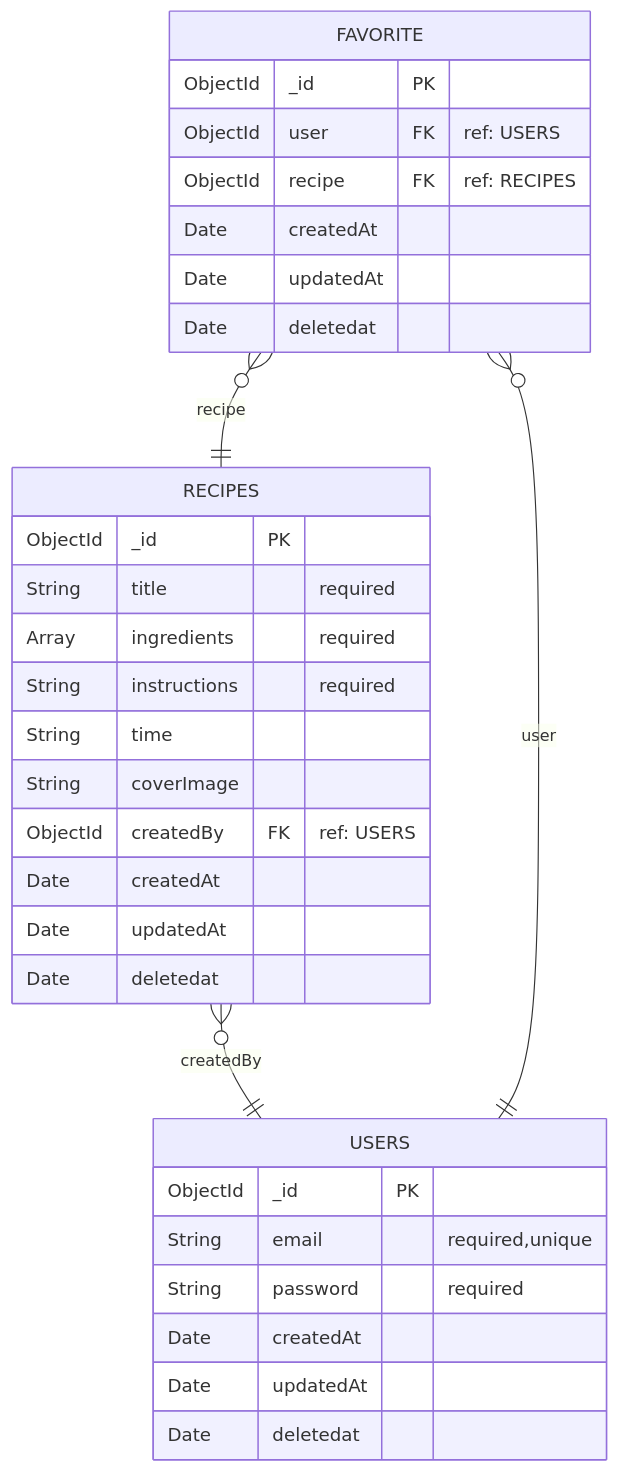
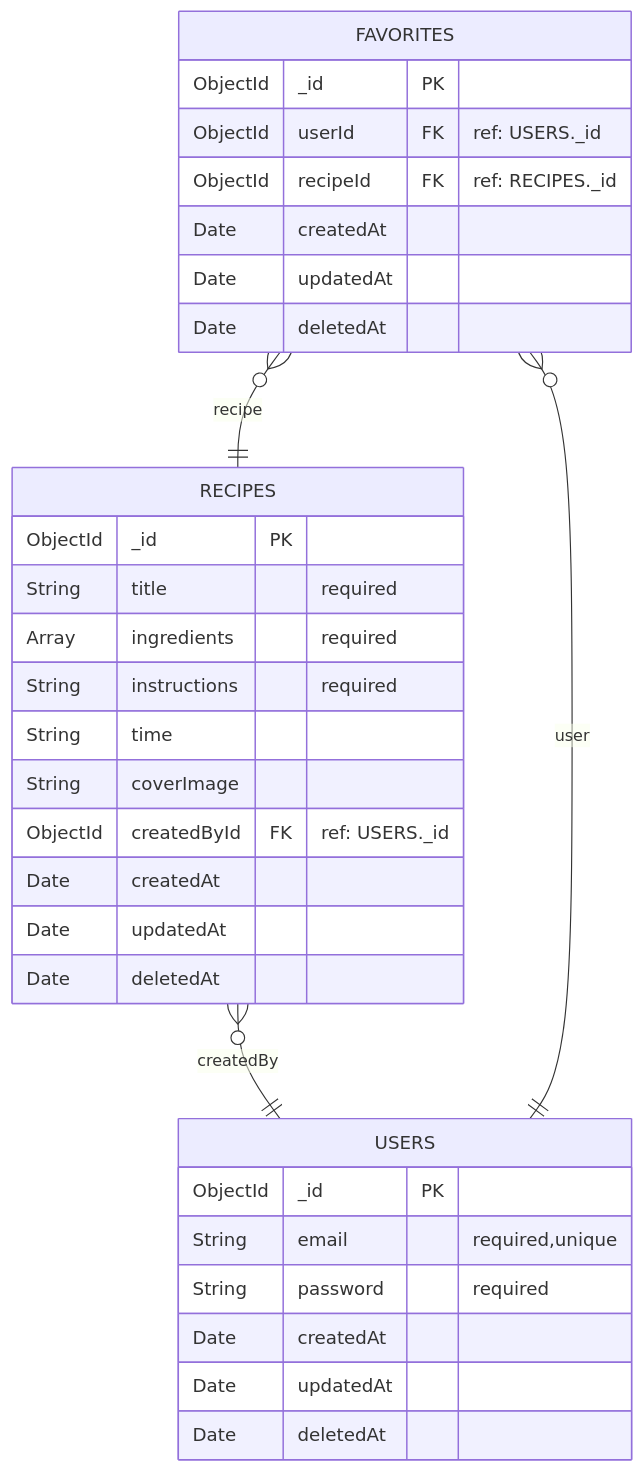
One commit to cia-GKMIT/Functional-Document-FoodRecipeWebApp changed the diagram in docs/database_schema.md. Above: the diagram before and after it, drawn with Mermaid. The commit also changed other lines of this file and 6 other files, not shown here.

````diff
--- a/docs/database_schema.md
+++ b/docs/database_schema.md
@@ -53,41 +53,41 @@
 ```mermaid
 erDiagram
  
 
-    FAVORITE {
+    FAVORITES {
         ObjectId _id PK 
-        ObjectId user FK "ref: USERS"
-        ObjectId recipe FK "ref: RECIPES"
+        ObjectId userId FK "ref: USERS._id"
+        ObjectId recipeId FK "ref: RECIPES._id"
         Date createdAt
         Date updatedAt
-        Date deletedat
+        Date deletedAt
     }
 
     USERS {
         ObjectId _id PK 
         String email "required,unique"
         String password "required" 
         Date createdAt
         Date updatedAt
-        Date deletedat
+        Date deletedAt
     }
 
     RECIPES {
         ObjectId _id PK 
         String title "required"
         Array ingredients "required"
         String instructions "required"
         String time
         String coverImage
-        ObjectId createdBy FK "ref: USERS"
+        ObjectId createdById FK "ref: USERS._id"
         Date createdAt
         Date updatedAt
-        Date deletedat
+        Date deletedAt
     }
 
     RECIPES }o--|| USERS : "createdBy"
-    FAVORITE }o--|| USERS : "user"
-    FAVORITE }o--|| RECIPES : "recipe"
+    FAVORITES }o--|| USERS : "user"
+    FAVORITES }o--|| RECIPES : "recipe"
 
 
 ```
````
